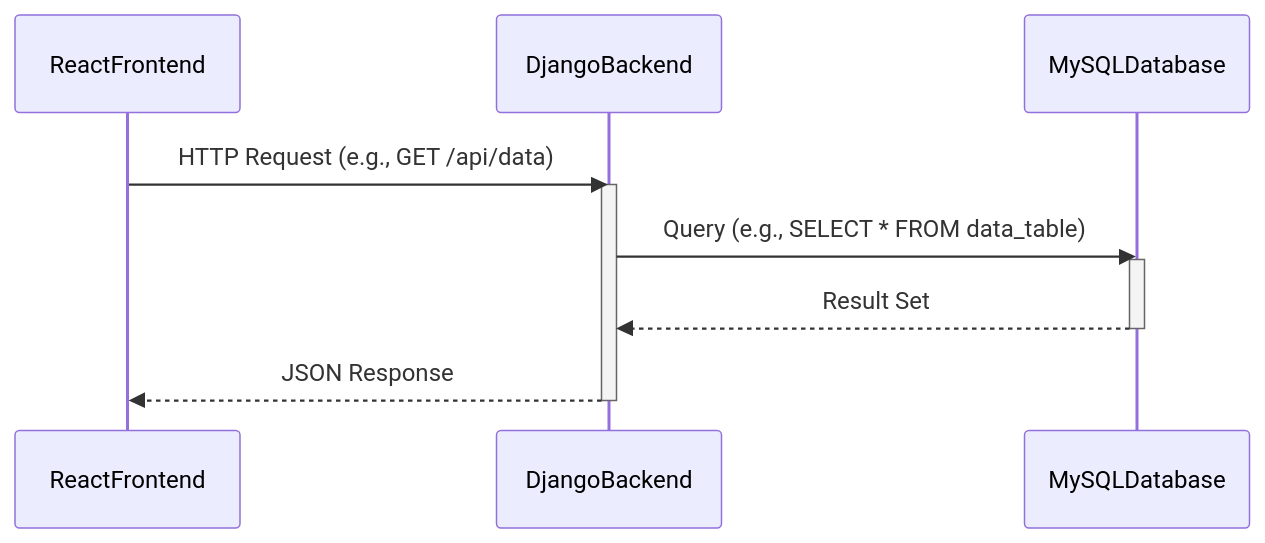
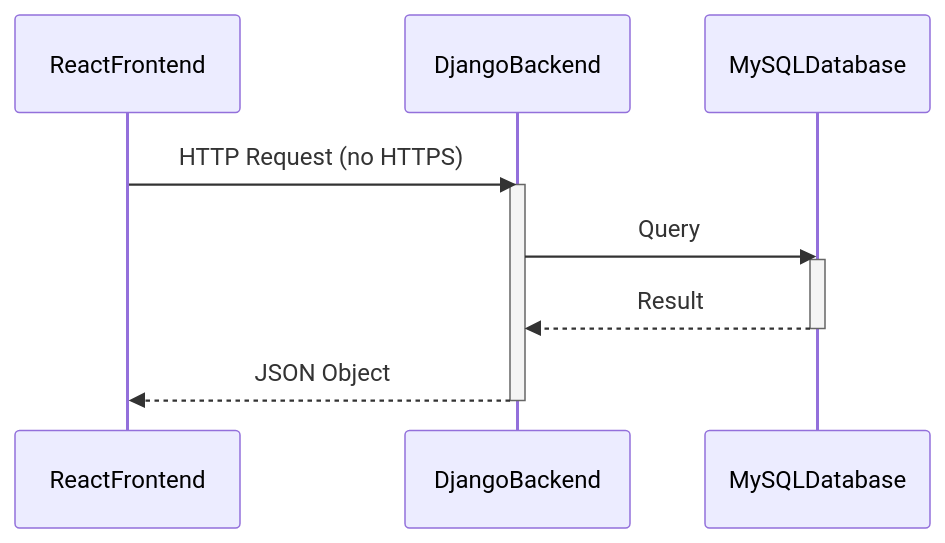
One commit to imhe6/cs506-team-project changed the sixth of 6 diagrams in README.md. Above: the diagram before and after it, drawn with Mermaid. The commit also changed other lines of this file and 1 other file, not shown here.

Commit message:
Add sequence diagram; Modify architech diagram png to match doc

````diff
--- a/README.md
+++ b/README.md
@@ -230,19 +233,19 @@
 ```mermaid
 sequenceDiagram
 
 participant ReactFrontend
 participant DjangoBackend
 participant MySQLDatabase
 
-ReactFrontend ->> DjangoBackend: HTTP Request (e.g., GET /api/data)
+ReactFrontend ->> DjangoBackend: HTTP Request (no HTTPS)
 activate DjangoBackend
 
-DjangoBackend ->> MySQLDatabase: Query (e.g., SELECT * FROM data_table)
+DjangoBackend ->> MySQLDatabase: Query
 activate MySQLDatabase
 
-MySQLDatabase -->> DjangoBackend: Result Set
+MySQLDatabase -->> DjangoBackend: Result
 deactivate MySQLDatabase
 
-DjangoBackend -->> ReactFrontend: JSON Response
+DjangoBackend -->> ReactFrontend: JSON Object
 deactivate DjangoBackend
 ```
````
